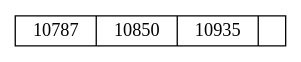
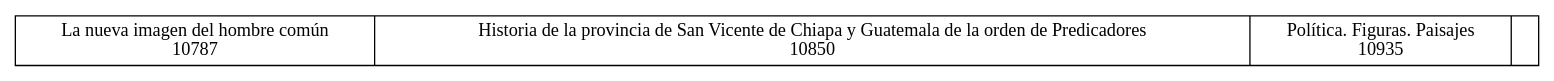
Before and after one commit to Guillermo-O-C/EDD_1S20200_PY2_201801366: the diagram in TextFiles/Biografia.dot, drawn with Graphviz. The commit also changed 31 other files, not shown here.

```diff
--- a/TextFiles/Biografia.dot
+++ b/TextFiles/Biografia.dot
@@ -1,3 +1,3 @@
 digraph G {
- node [shape = record,height=.1];10787[label = "<f0>10787|<f1>10850|<f2>10935|"];
+ node [shape = record,height=.1];10787[label = "<f0>La nueva imagen del hombre común\n10787|<f1>Historia de la provincia de San Vicente de Chiapa y Guatemala de la orden de Predicadores\n10850|<f2>Política. Figuras. Paisajes\n10935|"];
 }
```
